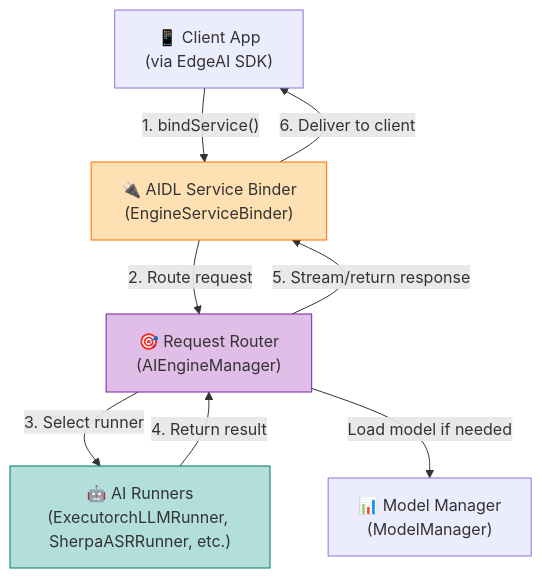
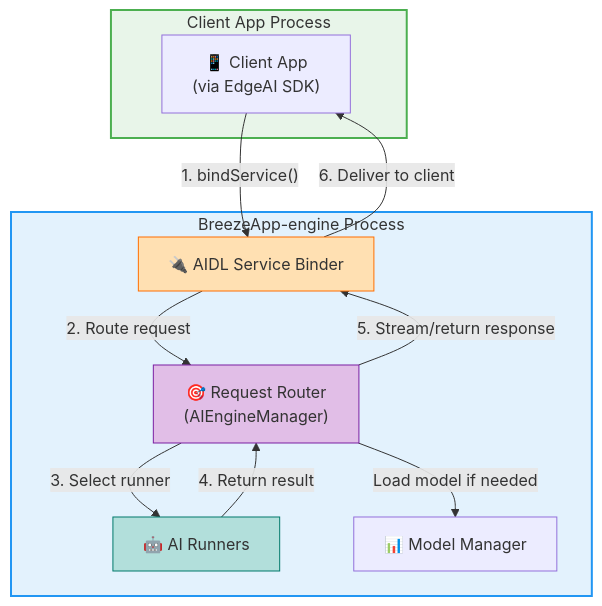
One commit to mtkresearch/BreezeApp-engine changed the diagram in README.md. Above: the diagram before and after it, drawn with Mermaid. The commit also changed other lines of this file, not shown here.

````diff
--- a/README.md
+++ b/README.md
@@ -44,21 +36,28 @@
 ```mermaid
 %%{init: {'flowchart': {'useMaxWidth': false, 'width': 800}}}%%
 graph TD
-    A["📱 Client App<br/>(via EdgeAI SDK)"]
-    B["🔌 AIDL Service Binder<br/>(EngineServiceBinder)"]
-    C["🎯 Request Router<br/>(AIEngineManager)"]
-    D["🤖 AI Runners<br/>(ExecutorchLLMRunner, SherpaASRRunner, etc.)"]
-    E["📊 Model Manager<br/>(ModelManager)"]
+    subgraph Client["Client App Process"]
+        A["📱 Client App<br/>(via EdgeAI SDK)"]
+    end
+    
+    subgraph Engine["BreezeApp-engine Process"]
+        B["🔌 AIDL Service Binder"]
+        C["🎯 Request Router<br/>(AIEngineManager)"]
+        D["🤖 AI Runners"]
+        E["📊 Model Manager"]
+    end
 
     A -- "1. bindService()" --> B
     B -- "2. Route request" --> C
     C -- "3. Select runner" --> D
     C -- "Load model if needed" --> E
     D -- "4. Return result" --> C
     C -- "5. Stream/return response" --> B
     B -- "6. Deliver to client" --> A
 
     style B fill:#FFE0B2,stroke:#FF6F00
     style C fill:#E1BEE7,stroke:#7B1FA2
     style D fill:#B2DFDB,stroke:#00796B
+    style Client fill:#E8F5E9,stroke:#4CAF50,stroke-width:2px
+    style Engine fill:#E3F2FD,stroke:#2196F3,stroke-width:2px
 ```
````
